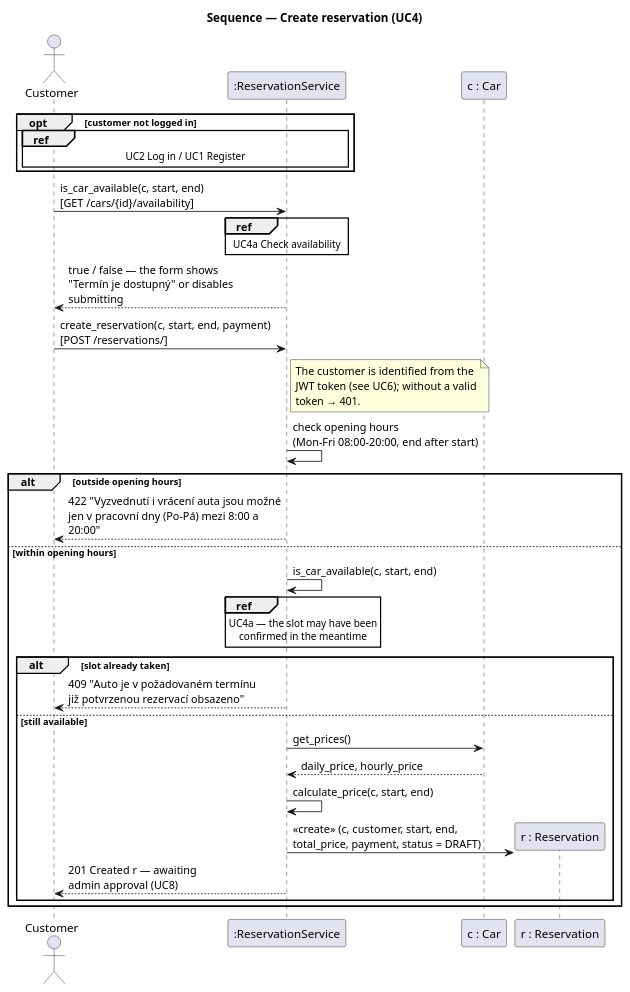
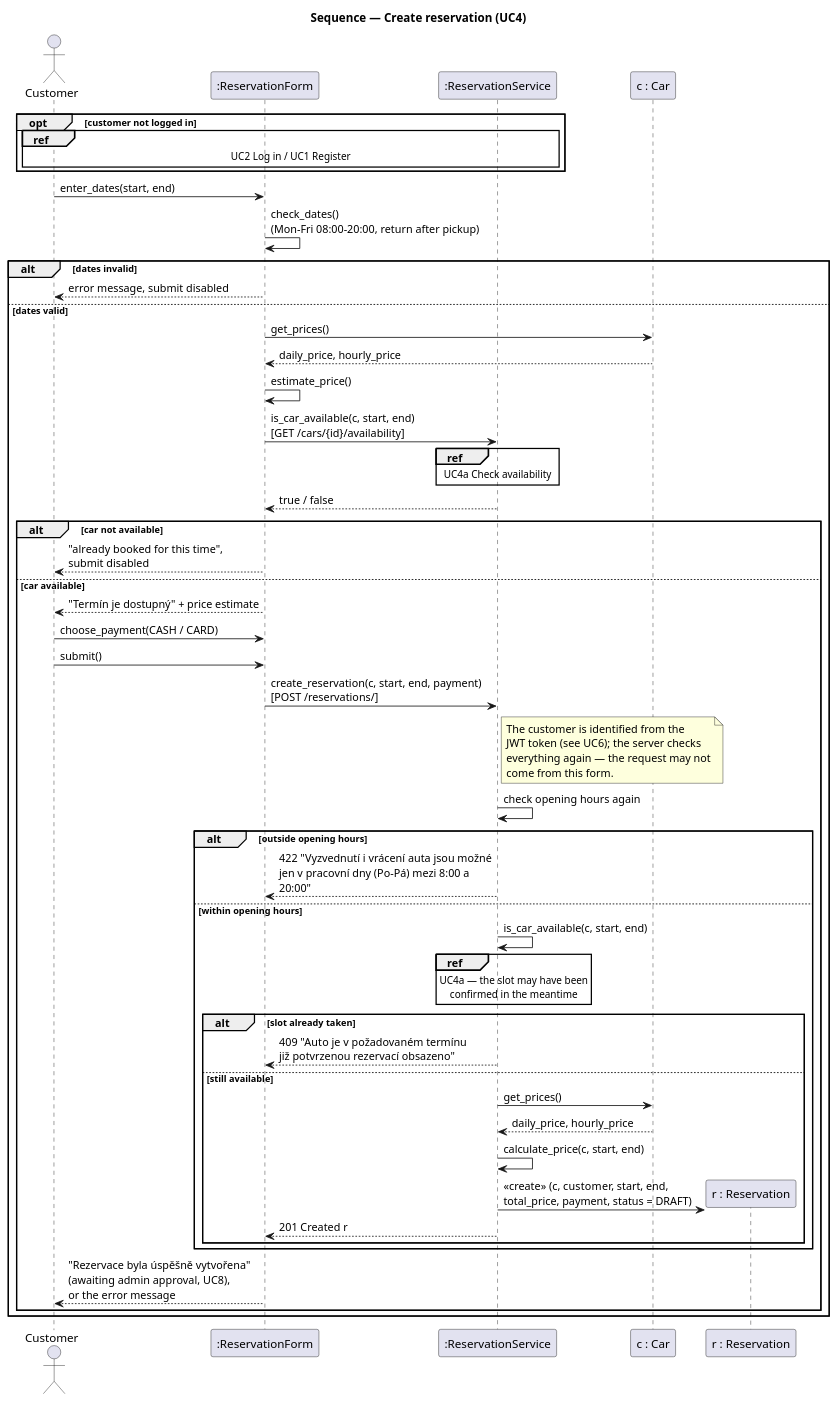
The diagram in docs/diagrams/sequence-make-reservation.puml (DavidMagyarics/CarRentalVSB), drawn with PlantUML before and after one commit. The commit also changed 3 other files, not shown here.

Commit message:
add(docs): ReservationForm class, its state diagram and its role in the UC4 sequence

```diff
--- a/docs/diagrams/sequence-make-reservation.puml
+++ b/docs/diagrams/sequence-make-reservation.puml
@@ -1,43 +1,63 @@
 @startuml sequence-make-reservation
 skinparam backgroundColor white
 skinparam responseMessageBelowArrow true
 skinparam maxMessageSize 260
 title Sequence — Create reservation (UC4)
 actor Customer
+participant ":ReservationForm" as Form
 participant ":ReservationService" as Res
 participant "c : Car" as C
 participant "r : Reservation" as R
 
 opt customer not logged in
   ref over Customer, Res : UC2 Log in / UC1 Register
 end
 
-Customer -> Res : is_car_available(c, start, end)\n[GET /cars/{id}/availability]
-ref over Res : UC4a Check availability
-Res --> Customer : true / false — the form shows\n"Termín je dostupný" or disables submitting
+Customer -> Form : enter_dates(start, end)
+Form -> Form : check_dates()\n(Mon–Fri 08:00–20:00, return after pickup)
 
-Customer -> Res : create_reservation(c, start, end, payment)\n[POST /reservations/]
-note right of Res
-  The customer is identified from the
-  JWT token (see UC6); without a valid
-  token → 401.
-end note
-Res -> Res : check opening hours\n(Mon–Fri 08:00–20:00, end after start)
+alt dates invalid
+  Form --> Customer : error message, submit disabled
+else dates valid
+  Form -> C : get_prices()
+  C --> Form : daily_price, hourly_price
+  Form -> Form : estimate_price()
+  Form -> Res : is_car_available(c, start, end)\n[GET /cars/{id}/availability]
+  ref over Res : UC4a Check availability
+  Res --> Form : true / false
 
-alt outside opening hours
-  Res --> Customer : 422 "Vyzvednutí i vrácení auta jsou možné\njen v pracovní dny (Po–Pá) mezi 8:00 a 20:00"
-else within opening hours
-  Res -> Res : is_car_available(c, start, end)
-  ref over Res : UC4a — the slot may have been\nconfirmed in the meantime
-  alt slot already taken
-    Res --> Customer : 409 "Auto je v požadovaném termínu\njiž potvrzenou rezervací obsazeno"
-  else still available
-    Res -> C : get_prices()
-    C --> Res : daily_price, hourly_price
-    Res -> Res : calculate_price(c, start, end)
-    create R
-    Res -> R : <<create>> (c, customer, start, end,\ntotal_price, payment, status = DRAFT)
-    Res --> Customer : 201 Created r — awaiting\nadmin approval (UC8)
+  alt car not available
+    Form --> Customer : "already booked for this time",\nsubmit disabled
+  else car available
+    Form --> Customer : "Termín je dostupný" + price estimate
+    Customer -> Form : choose_payment(CASH / CARD)
+    Customer -> Form : submit()
+    Form -> Res : create_reservation(c, start, end, payment)\n[POST /reservations/]
+    note right of Res
+      The customer is identified from the
+      JWT token (see UC6); the server checks
+      everything again — the request may not
+      come from this form.
+    end note
+    Res -> Res : check opening hours again
+
+    alt outside opening hours
+      Res --> Form : 422 "Vyzvednutí i vrácení auta jsou možné\njen v pracovní dny (Po–Pá) mezi 8:00 a 20:00"
+    else within opening hours
+      Res -> Res : is_car_available(c, start, end)
+      ref over Res : UC4a — the slot may have been\nconfirmed in the meantime
+      alt slot already taken
+        Res --> Form : 409 "Auto je v požadovaném termínu\njiž potvrzenou rezervací obsazeno"
+      else still available
+        Res -> C : get_prices()
+        C --> Res : daily_price, hourly_price
+        Res -> Res : calculate_price(c, start, end)
+        create R
+        Res -> R : <<create>> (c, customer, start, end,\ntotal_price, payment, status = DRAFT)
+        Res --> Form : 201 Created r
+      end
+    end
+    Form --> Customer : "Rezervace byla úspěšně vytvořena"\n(awaiting admin approval, UC8),\nor the error message
   end
 end
 @enduml
```
